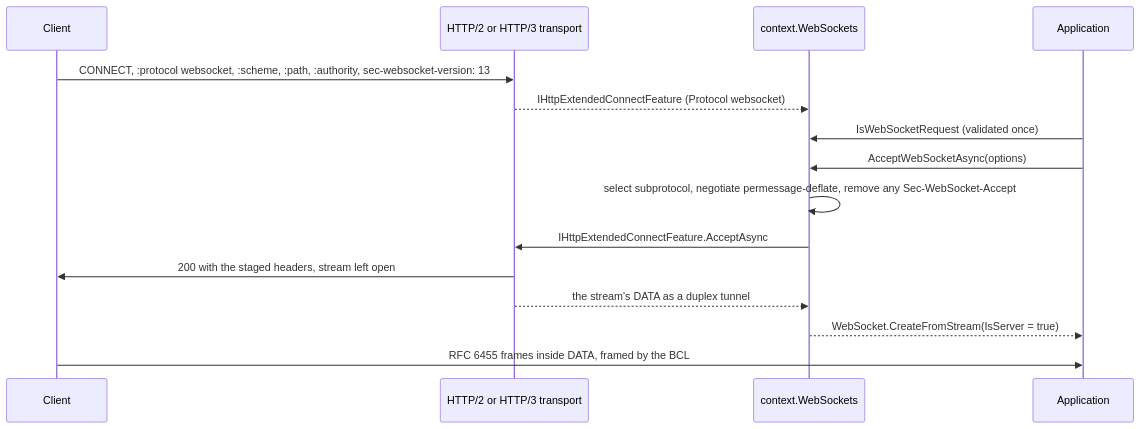
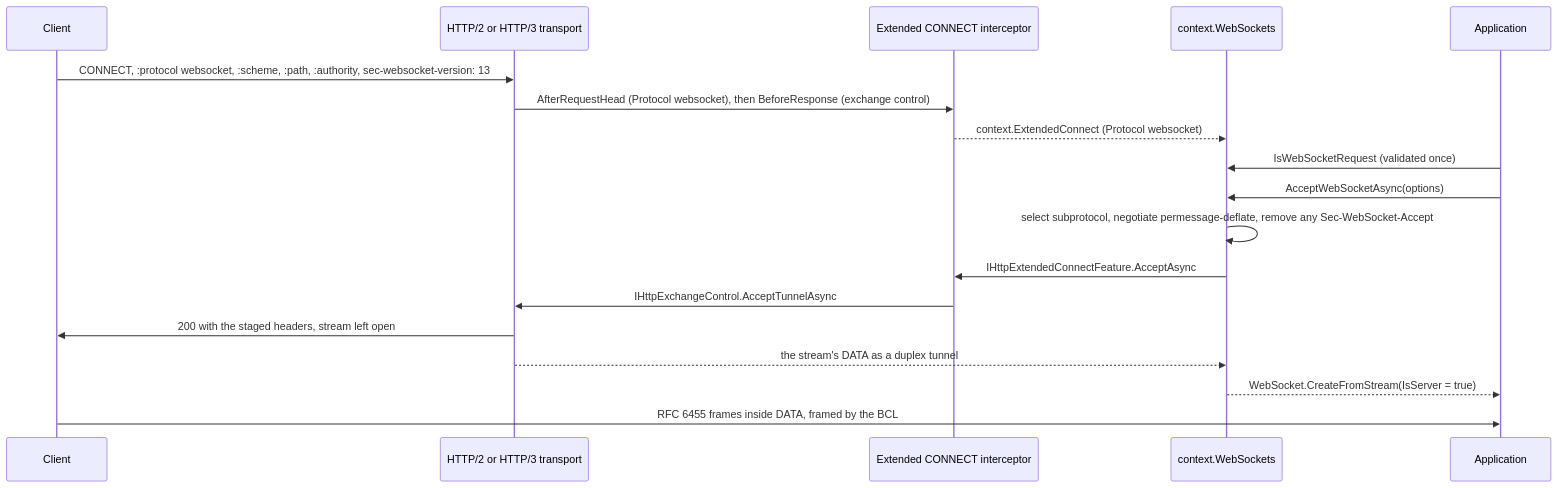
Before and after one commit to assimalign/cohesion-docs: the third of 3 diagrams in docs/dotnet-apis/libraries/http/assimalign-cohesion-http-websockets/design.md, drawn with Mermaid. The commit also changed other lines of this file and 14 other files, not shown here.

````diff
--- a/docs/dotnet-apis/libraries/http/assimalign-cohesion-http-websockets/design.md
+++ b/docs/dotnet-apis/libraries/http/assimalign-cohesion-http-websockets/design.md
@@ -127,17 +132,20 @@
 ```mermaid
 sequenceDiagram
     participant Client
     participant Transport as HTTP/2 or HTTP/3 transport
+    participant Ext as Extended CONNECT interceptor
     participant Feature as context.WebSockets
     participant App as Application
     Client->>Transport: CONNECT, :protocol websocket, :scheme, :path, :authority, sec-websocket-version: 13
-    Transport-->>Feature: IHttpExtendedConnectFeature (Protocol websocket)
+    Transport->>Ext: AfterRequestHead (Protocol websocket), then BeforeResponse (exchange control)
+    Ext-->>Feature: context.ExtendedConnect (Protocol websocket)
     App->>Feature: IsWebSocketRequest (validated once)
     App->>Feature: AcceptWebSocketAsync(options)
     Feature->>Feature: select subprotocol, negotiate permessage-deflate, remove any Sec-WebSocket-Accept
-    Feature->>Transport: IHttpExtendedConnectFeature.AcceptAsync
+    Feature->>Ext: IHttpExtendedConnectFeature.AcceptAsync
+    Ext->>Transport: IHttpExchangeControl.AcceptTunnelAsync
     Transport->>Client: 200 with the staged headers, stream left open
     Transport-->>Feature: the stream's DATA as a duplex tunnel
     Feature-->>App: WebSocket.CreateFromStream(IsServer = true)
     Client->>App: RFC 6455 frames inside DATA, framed by the BCL
 ```
````
